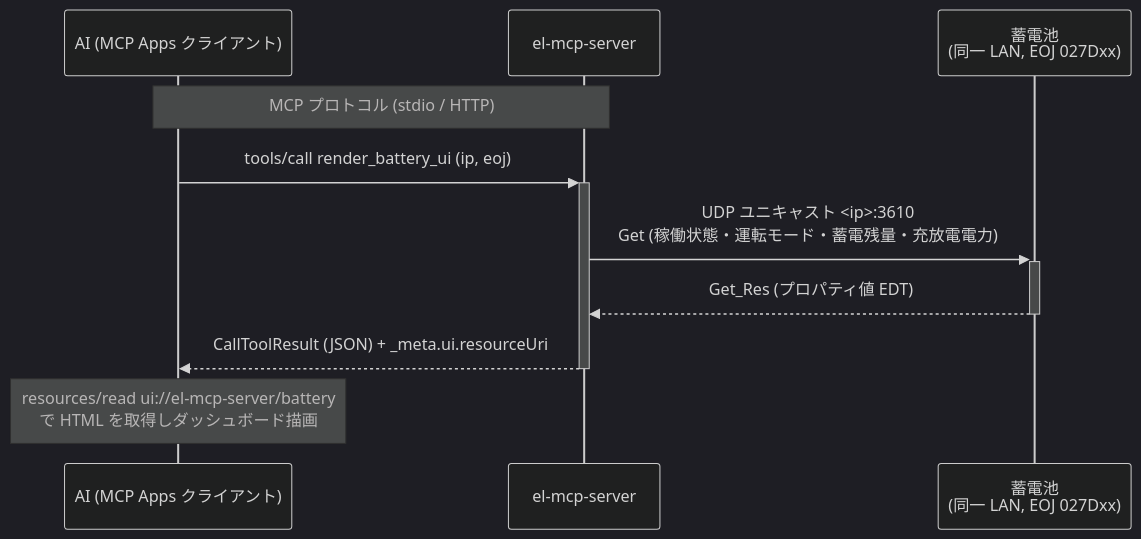
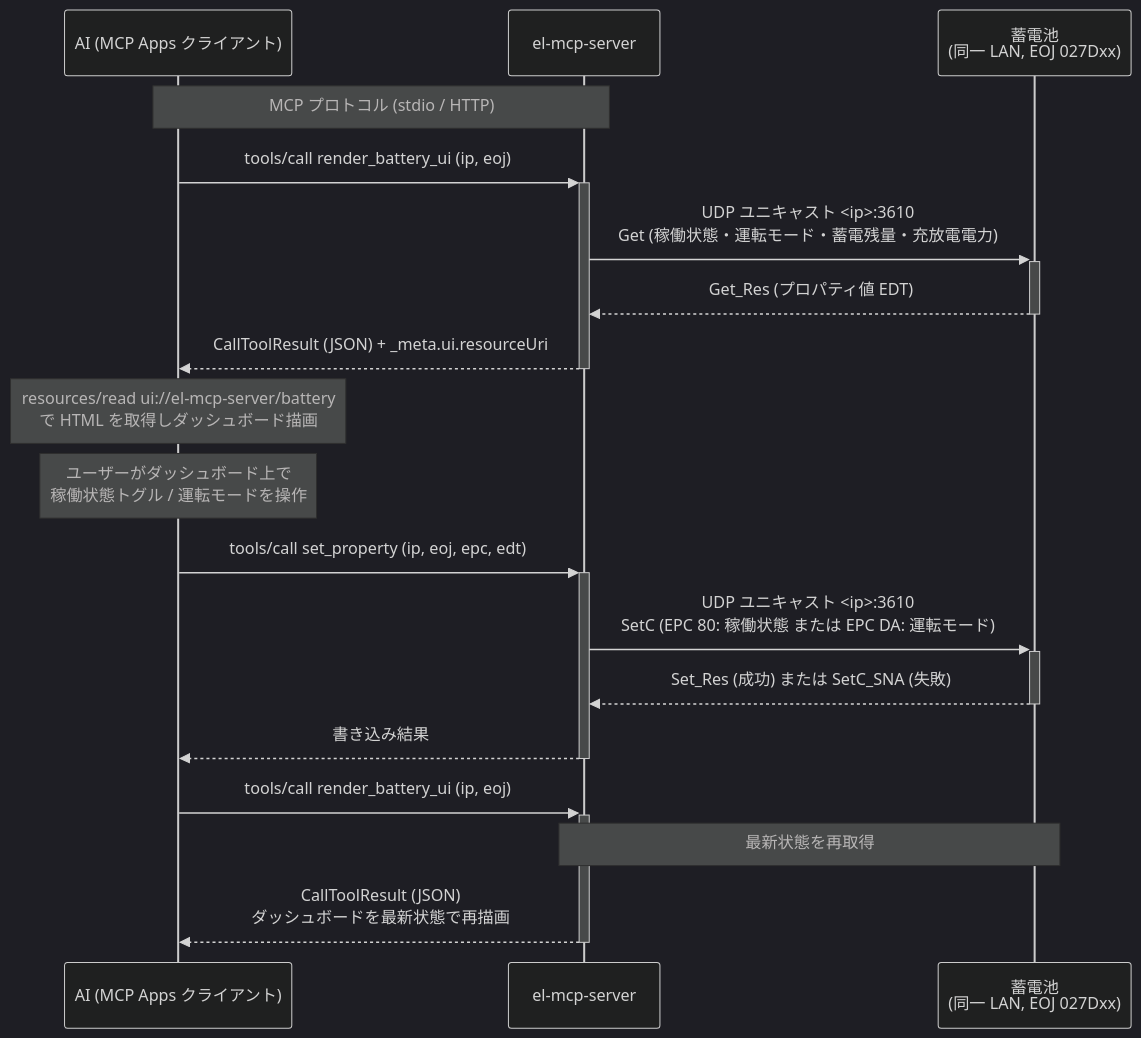
The fourth of 4 diagrams in README.md (thekuwayama/el-mcp-server), drawn with Mermaid (dark theme) before and after one commit. The commit also changed other lines of this file and 2 other files, not shown here.

Commit message:
feat(ui): add operating-status toggle and mode select to battery dashboard

````diff
--- a/README.md
+++ b/README.md
@@ -144,14 +144,23 @@
 ```mermaid
 sequenceDiagram
     participant AI as AI (MCP Apps クライアント)
     participant S as el-mcp-server
     participant D as 蓄電池<br/>(同一 LAN, EOJ 027Dxx)
 
     Note over AI,S: MCP プロトコル (stdio / HTTP)
 
     AI->>+S: tools/call render_battery_ui (ip, eoj)
     S->>+D: UDP ユニキャスト <ip>:3610<br/>Get (稼働状態・運転モード・蓄電残量・充放電電力)
     D-->>-S: Get_Res (プロパティ値 EDT)
     S-->>-AI: CallToolResult (JSON) + _meta.ui.resourceUri
     Note over AI: resources/read ui://el-mcp-server/battery<br/>で HTML を取得しダッシュボード描画
+
+    Note over AI: ユーザーがダッシュボード上で<br/>稼働状態トグル / 運転モードを操作
+    AI->>+S: tools/call set_property (ip, eoj, epc, edt)
+    S->>+D: UDP ユニキャスト <ip>:3610<br/>SetC (EPC 80: 稼働状態 または EPC DA: 運転モード)
+    D-->>-S: Set_Res (成功) または SetC_SNA (失敗)
+    S-->>-AI: 書き込み結果
+    AI->>+S: tools/call render_battery_ui (ip, eoj)
+    Note over S,D: 最新状態を再取得
+    S-->>-AI: CallToolResult (JSON)<br/>ダッシュボードを最新状態で再描画
 ```
````
